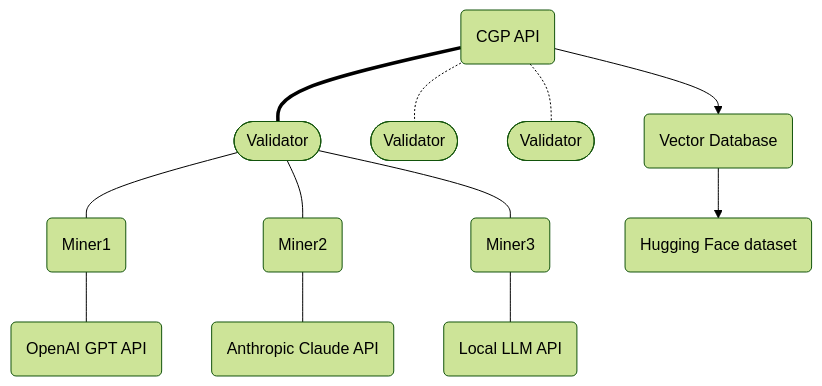
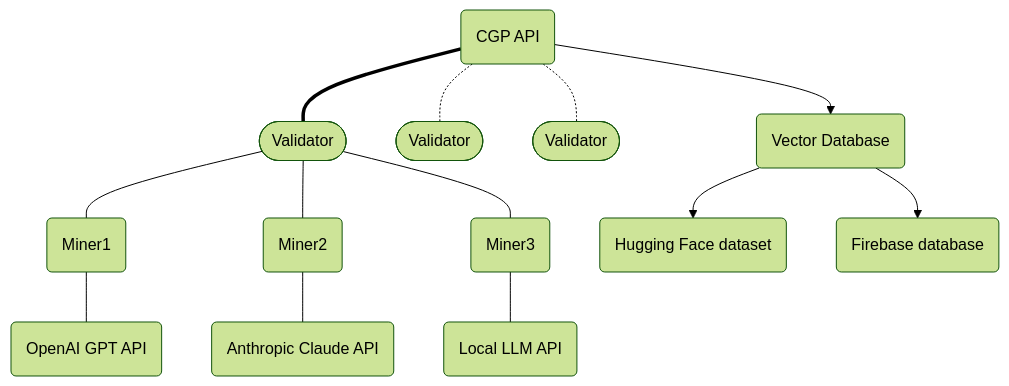
One commit to opentensor/bittensor-subnet-template changed the first of 2 diagrams in README.md. Above: the diagram before and after it, drawn with Mermaid (forest theme). The commit also changed other lines of this file, not shown here.

Commit message:
DJR:Added firebase

````diff
--- a/README.md
+++ b/README.md
@@ -29,15 +29,16 @@
 ```mermaid
 flowchart TD
     A(CGP API) === Validator1([Validator])
     A -.- Validator2([Validator])
     A -.- Validator3([Validator])
     Validator1 --- C(Miner1)
     Validator1 --- D(Miner2)
     Validator1 --- E(Miner3)
     C --- GPT(OpenAI GPT API)
     D --- CLAUDE(Anthropic Claude API)
     E --- LLM(Local LLM API)
     A --> VECTOR(Vector Database)
     VECTOR --> PUBLIC(Hugging Face dataset)
+    VECTOR --> FIREBASE(Firebase database)
     click PUBLIC "https://huggingface.co/" _blank
 ```
````
